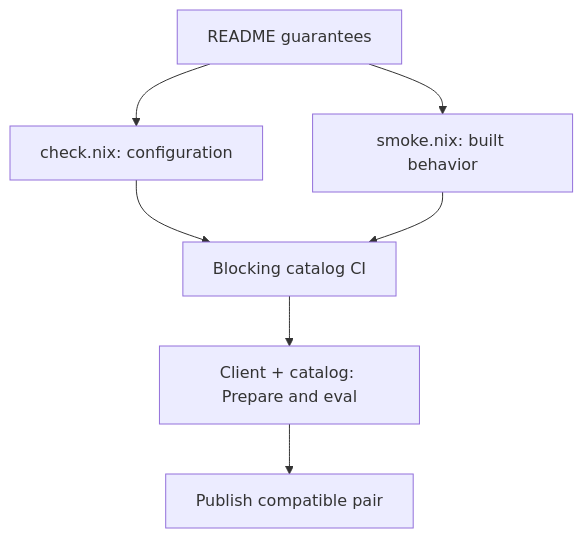
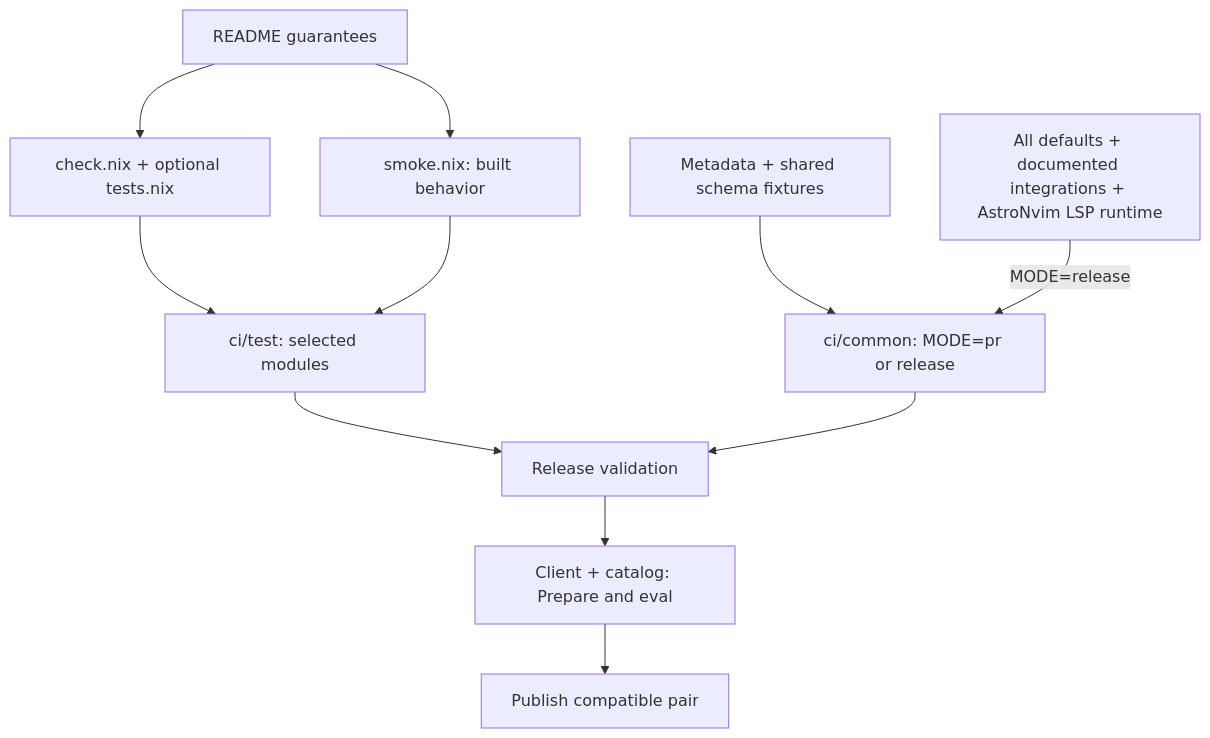
One commit to limanix/modules changed the third of 3 diagrams in guides/catalog-contract.md. Above: the diagram before and after it, drawn with Mermaid. The commit also changed other lines of this file and 218 other files, not shown here.

````diff
--- a/guides/catalog-contract.md
+++ b/guides/catalog-contract.md
@@ -314,9 +331,13 @@
 ```mermaid
 flowchart TB
-    contract["README guarantees"] --> evaluation["check.nix: configuration"]
+    contract["README guarantees"] --> evaluation["check.nix + optional tests.nix"]
     contract --> behavior["smoke.nix: built behavior"]
-    evaluation --> catalogci["Blocking catalog CI"]
-    behavior --> catalogci
-    catalogci --> pair["Client + catalog: Prepare and eval"]
+    evaluation --> modules["ci/test: selected modules"]
+    behavior --> modules
+    shared["Metadata + shared schema fixtures"] --> common["ci/common: MODE=pr or release"]
+    combinations["All defaults + documented integrations + AstroNvim LSP runtime"] -->|"MODE=release"| common
+    modules --> validation["Release validation"]
+    common --> validation
+    validation --> pair["Client + catalog: Prepare and eval"]
     pair --> release["Publish compatible pair"]
 ```
````
